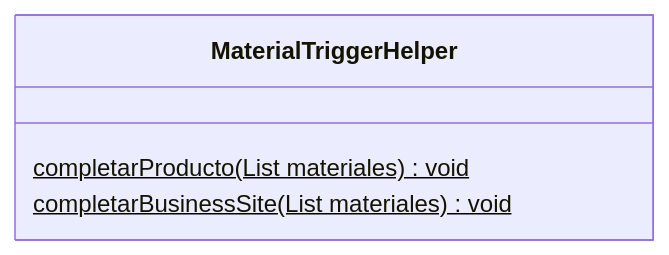
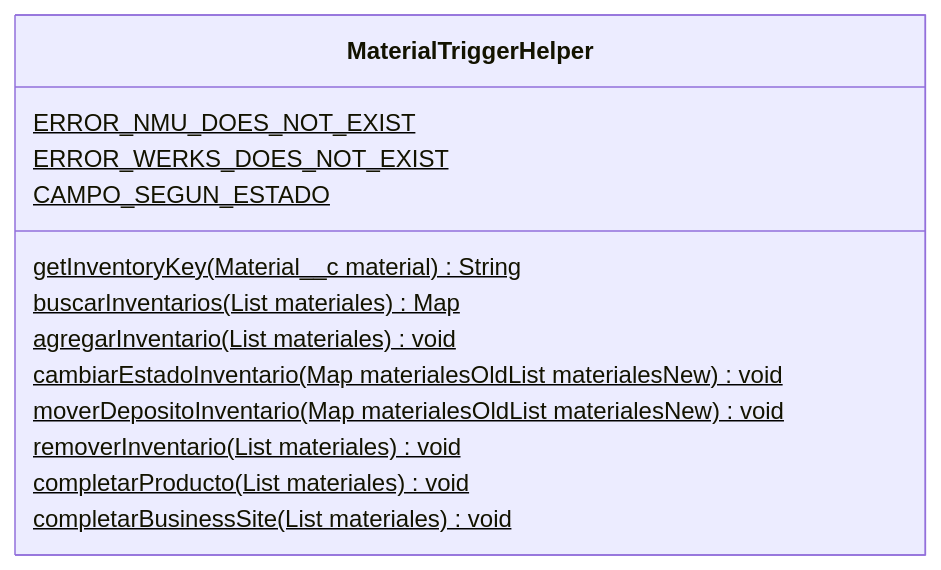
One commit to sebastianclaros/stockventa changed the diagram in docs/diccionarios/classes/MaterialTriggerHelper.md. Above: the diagram before and after it, drawn with Mermaid. The commit also changed other lines of this file and 15 other files, not shown here.

````diff
--- a/docs/diccionarios/classes/MaterialTriggerHelper.md
+++ b/docs/diccionarios/classes/MaterialTriggerHelper.md
@@ -19,10 +19,19 @@
 ```mermaid
 classDiagram
 
 class MaterialTriggerHelper {
     
+     ERROR_NMU_DOES_NOT_EXIST $    
+     ERROR_WERKS_DOES_NOT_EXIST $    
+     CAMPO_SEGUN_ESTADO $    
+     getInventoryKey(Material__c material) String $
+     buscarInventarios(List materiales) Map $
+     agregarInventario(List materiales) void $
+     cambiarEstadoInventario(Map materialesOldList materialesNew) void $
+     moverDepositoInventario(Map materialesOldList materialesNew) void $
+     removerInventario(List materiales) void $
      completarProducto(List materiales) void $
      completarBusinessSite(List materiales) void $
 
 }
 ```
````
